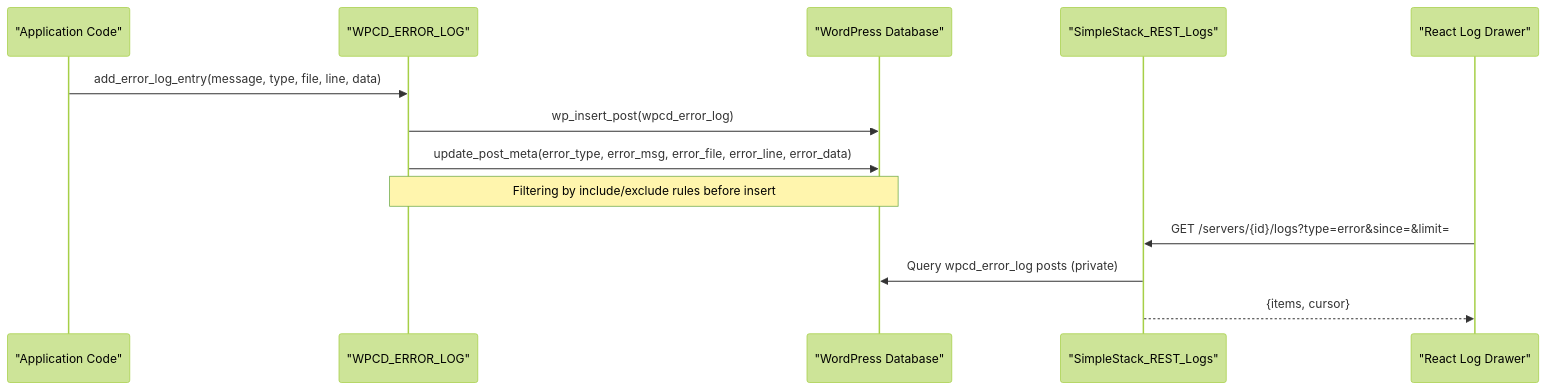
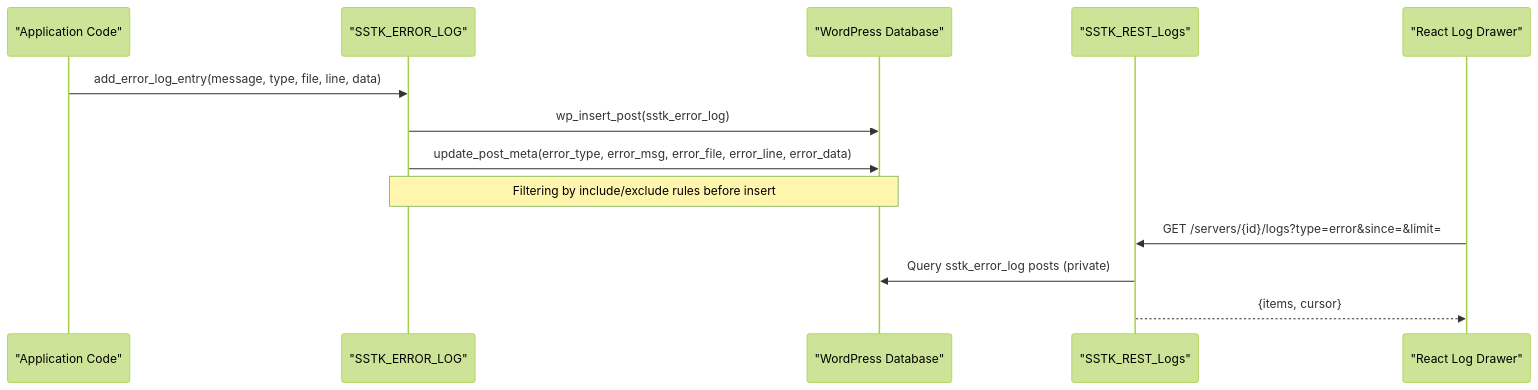
One commit to onedogsolutions/simple-stack changed the second of 7 diagrams in .qoder/repowiki/en/content/Logging & Monitoring/Error Tracking & Debugging.md. Above: the diagram before and after it, drawn with Mermaid (forest theme). The commit also changed other lines of this file and 5941 other files, not shown here.

First line of the commit message:
refactor(core): rebrand WPCloudDeploy to Simple Stack with new namespaces and prefixes

````diff
--- a/.qoder/repowiki/en/content/Logging & Monitoring/Error Tracking & Debugging.md
+++ b/.qoder/repowiki/en/content/Logging & Monitoring/Error Tracking & Debugging.md
@@ -103,15 +103,15 @@
 ```mermaid
 sequenceDiagram
 participant App as "Application Code"
-participant ErrorLog as "WPCD_ERROR_LOG"
+participant ErrorLog as "SSTK_ERROR_LOG"
 participant DB as "WordPress Database"
-participant REST as "SimpleStack_REST_Logs"
+participant REST as "SSTK_REST_Logs"
 participant Frontend as "React Log Drawer"
 App->>ErrorLog : add_error_log_entry(message, type, file, line, data)
-ErrorLog->>DB : wp_insert_post(wpcd_error_log)
+ErrorLog->>DB : wp_insert_post(sstk_error_log)
 ErrorLog->>DB : update_post_meta(error_type, error_msg, error_file, error_line, error_data)
 Note over ErrorLog,DB : Filtering by include/exclude rules before insert
 Frontend->>REST : GET /servers/{id}/logs?type=error&since=&limit=
-REST->>DB : Query wpcd_error_log posts (private)
+REST->>DB : Query sstk_error_log posts (private)
 REST-->>Frontend : {items, cursor}
 ```
````
